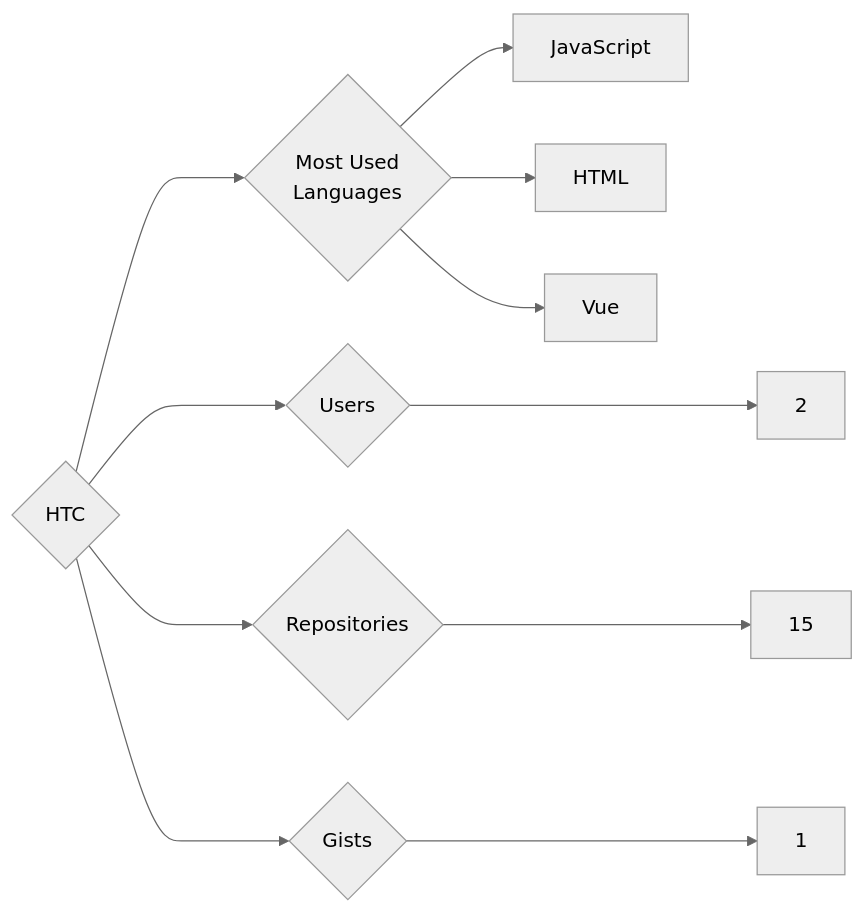
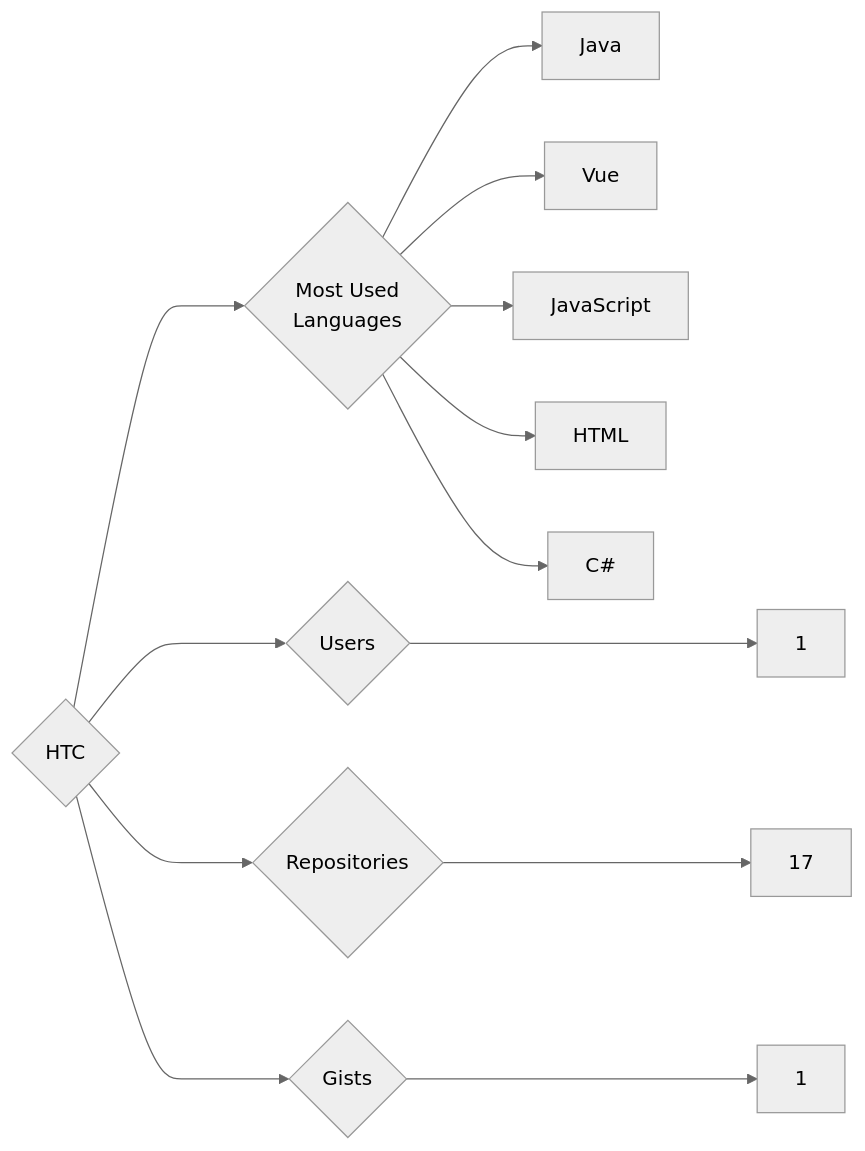
Before and after one commit to trickest/insiders: the diagram in targets/HTC/README.md, drawn with Mermaid (neutral theme). The commit also changed 873 other files, not shown here.

````diff
--- a/targets/HTC/README.md
+++ b/targets/HTC/README.md
@@ -3,11 +3,13 @@
 ```mermaid
 graph LR
 COMPANY_NAME{HTC}
-COMPANY_NAME ---> U{Users} ---> UN[2]
-COMPANY_NAME ---> R{Repositories} ---> RN[15]
+COMPANY_NAME ---> U{Users} ---> UN[1]
+COMPANY_NAME ---> R{Repositories} ---> RN[17]
 COMPANY_NAME ---> G{Gists} ---> GN[1]
 COMPANY_NAME ---> ML{Most Used<br>Languages}
+ML --> Java[Java]
+ML --> Vue[Vue]
 ML --> JavaScript[JavaScript]
 ML --> HTML[HTML]
-ML --> Vue[Vue]
+ML --> C#[C#]
 ```
````
